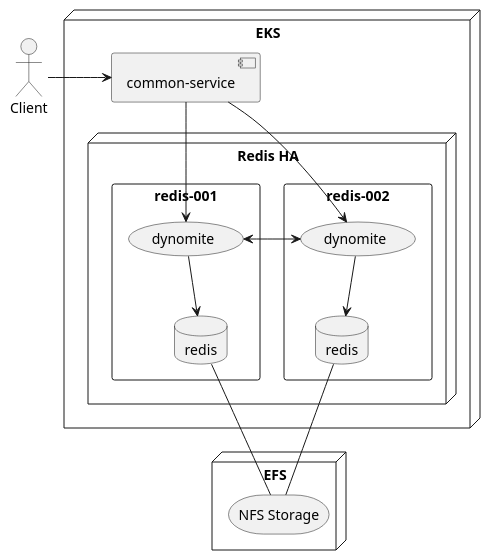
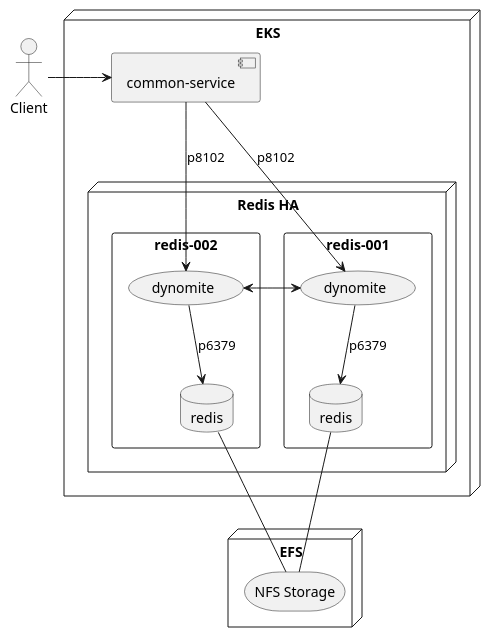
Before and after one commit to kloudbank/htdp1.github.io: the first of 3 diagrams in docs/src/redis/hatest.md, drawn with PlantUML. The commit also changed other lines of this file, not shown here.

```diff
--- a/docs/src/redis/hatest.md
+++ b/docs/src/redis/hatest.md
@@ -58,27 +58,27 @@
 @startuml
 "Client" as client
 node "EKS" as eks {
   [common-service] as commserv
   node "Redis HA" as db {
     rectangle "redis-002" as db002 {
       database "redis" as redis002
       (dynomite) as car002
     }
     rectangle "redis-001" as db001 {
       database "redis" as redis001
       (dynomite) as car001
     }
   }
 }
 node "EFS" as efs {
   storage "NFS Storage" as nfs
 }
 client -> commserv
-commserv -down-> car001
-commserv -down-> car002
-car001 -down-> redis001
-car002 -down-> redis002
+commserv -down-> car001:p8102
+commserv -down-> car002:p8102
+car001 -down-> redis001:p6379
+car002 -down-> redis002:p6379
 car001 <-> car002
 redis001 -down- nfs
 redis002 -down- nfs
 @enduml
```
